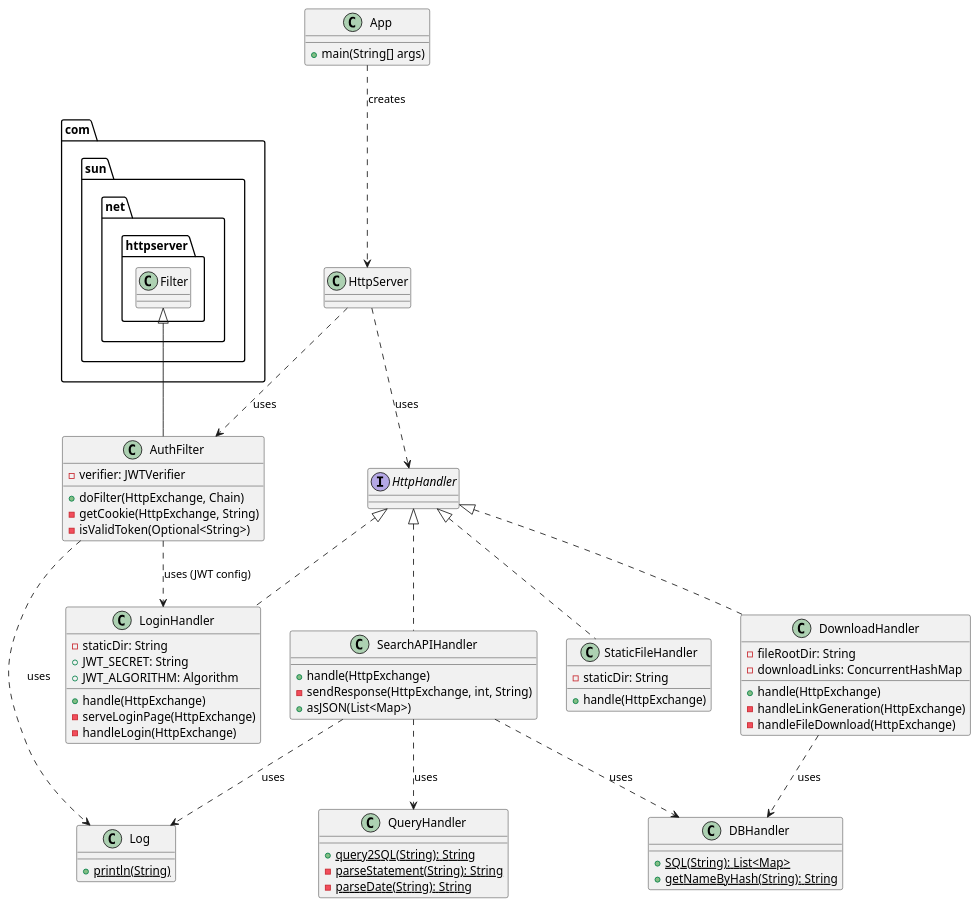
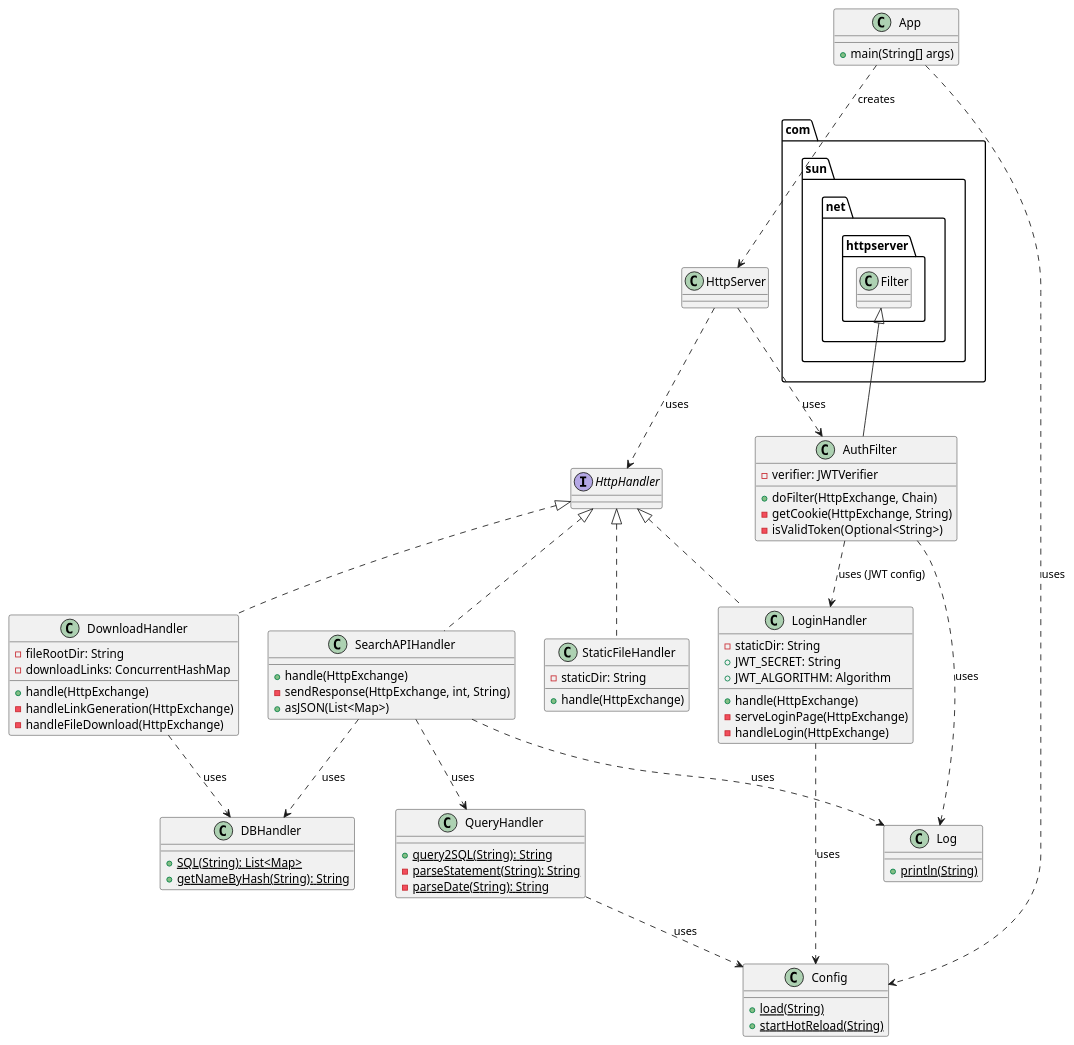
The second of 2 diagrams in README.md (yht0511/sharing_platform), drawn with PlantUML before and after one commit. The commit also changed other lines of this file and 11 other files, not shown here.

````diff
--- a/README.md
+++ b/README.md
@@ -101,71 +101,79 @@
 ```plantuml
 @startuml
 interface HttpHandler
+
+class Config {
+  {static} +load(String)
+  {static} +startHotReload(String)
+}
 
 class App {
   +main(String[] args)
 }
 
 class StaticFileHandler implements HttpHandler {
   -staticDir: String
   +handle(HttpExchange)
 }
 
 class LoginHandler implements HttpHandler {
   -staticDir: String
   +JWT_SECRET: String
   +JWT_ALGORITHM: Algorithm
   +handle(HttpExchange)
   -serveLoginPage(HttpExchange)
   -handleLogin(HttpExchange)
 }
 
 class SearchAPIHandler implements HttpHandler {
   +handle(HttpExchange)
   -sendResponse(HttpExchange, int, String)
   +asJSON(List<Map>)
 }
 
 class DownloadHandler implements HttpHandler {
   -fileRootDir: String
   -downloadLinks: ConcurrentHashMap
   +handle(HttpExchange)
   -handleLinkGeneration(HttpExchange)
   -handleFileDownload(HttpExchange)
 }
 
 class AuthFilter extends com.sun.net.httpserver.Filter {
   -verifier: JWTVerifier
   +doFilter(HttpExchange, Chain)
   -getCookie(HttpExchange, String)
   -isValidToken(Optional<String>)
 }
 
 class QueryHandler {
   {static} +query2SQL(String): String
   {static} -parseStatement(String): String
   {static} -parseDate(String): String
 }
 
 class DBHandler {
   {static} +SQL(String): List<Map>
   {static} +getNameByHash(String): String
 }
 
 class Log {
   {static} +println(String)
 }
 
 App ..> HttpServer : creates
 HttpServer ..> HttpHandler : uses
 HttpServer ..> AuthFilter : uses
 
+App ..> Config : uses
+LoginHandler ..> Config : uses
+QueryHandler ..> Config : uses
 SearchAPIHandler ..> QueryHandler : uses
 SearchAPIHandler ..> DBHandler : uses
 DownloadHandler ..> DBHandler : uses
 AuthFilter ..> LoginHandler : uses (JWT config)
 AuthFilter ..> Log : uses
 SearchAPIHandler ..> Log : uses
 
 @enduml
 ```
````
